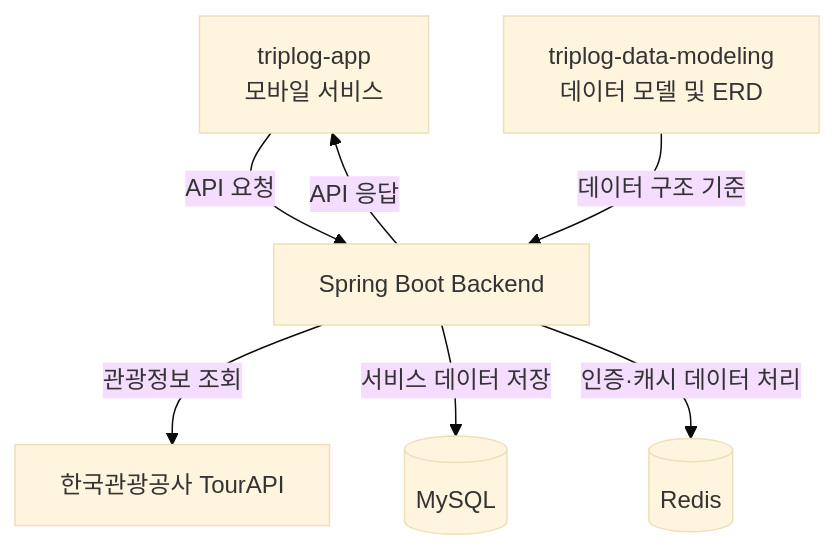
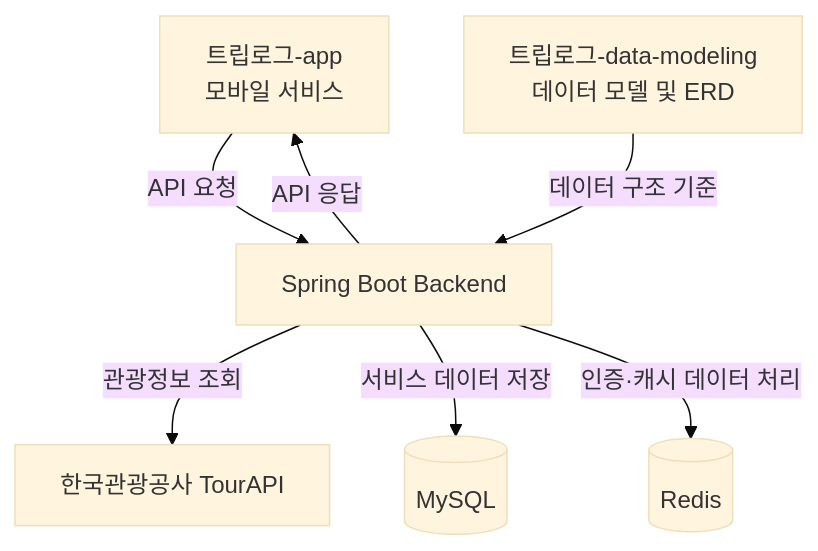
One commit to Triplog11/.github changed the second of 2 diagrams in profile/README.md. Above: the diagram before and after it, drawn with Mermaid (base theme). The commit also changed other lines of this file, not shown here.

````diff
--- a/profile/README.md
+++ b/profile/README.md
@@ -148,18 +148,18 @@
 ```mermaid
 flowchart TB
-    App[triplog-app<br/>모바일 서비스]
+    App[트립로그-app<br/>모바일 서비스]
     Backend[Spring Boot Backend]
-    Modeling[triplog-data-modeling<br/>데이터 모델 및 ERD]
+    Modeling[트립로그-data-modeling<br/>데이터 모델 및 ERD]
     TourAPI[한국관광공사 TourAPI]
     Database[(MySQL)]
     Redis[(Redis)]
 
     App -->|API 요청| Backend
 
     Backend -->|관광정보 조회| TourAPI
     Backend -->|서비스 데이터 저장| Database
     Backend -->|인증·캐시 데이터 처리| Redis
 
     Modeling -->|데이터 구조 기준| Backend
     Backend -->|API 응답| App
 ```
````
